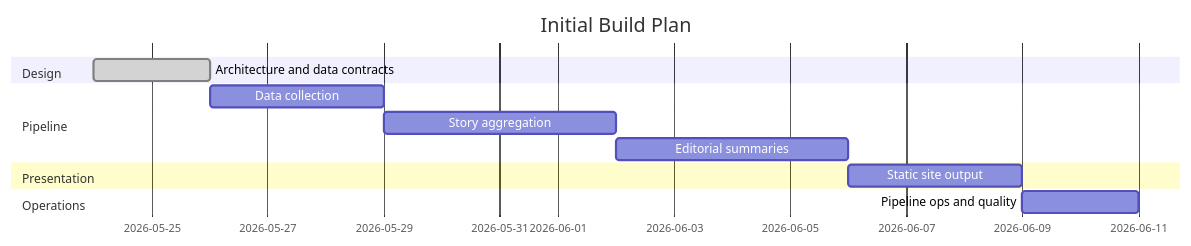
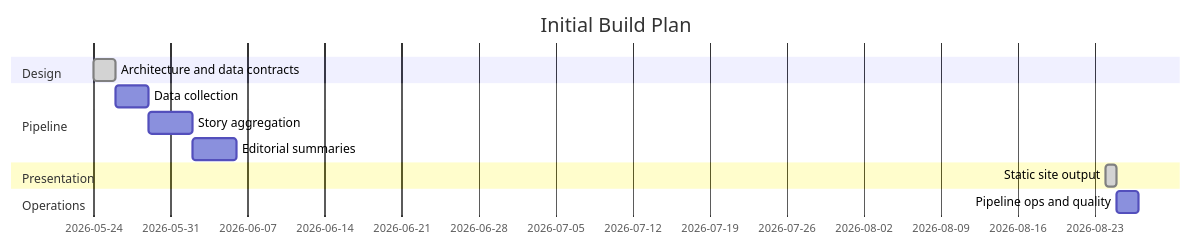
The diagram in docs/plan.md (pmeenan/news-tldr.com), drawn with Mermaid before and after one commit. The commit also changed other lines of this file and 10 other files, not shown here.

````diff
--- a/docs/plan.md
+++ b/docs/plan.md
@@ -23,15 +23,15 @@
 ```mermaid
 gantt
     title Initial Build Plan
     dateFormat  YYYY-MM-DD
     section Design
     Architecture and data contracts :done, 2026-05-24, 2d
     section Pipeline
     Data collection                 : 3d
     Story aggregation               : 4d
     Editorial summaries             : 4d
     section Presentation
-    Static site output              : 3d
+    Static site output              :done, 2026-08-24, 1d
     section Operations
     Pipeline ops and quality        : 2d
 ```
````
